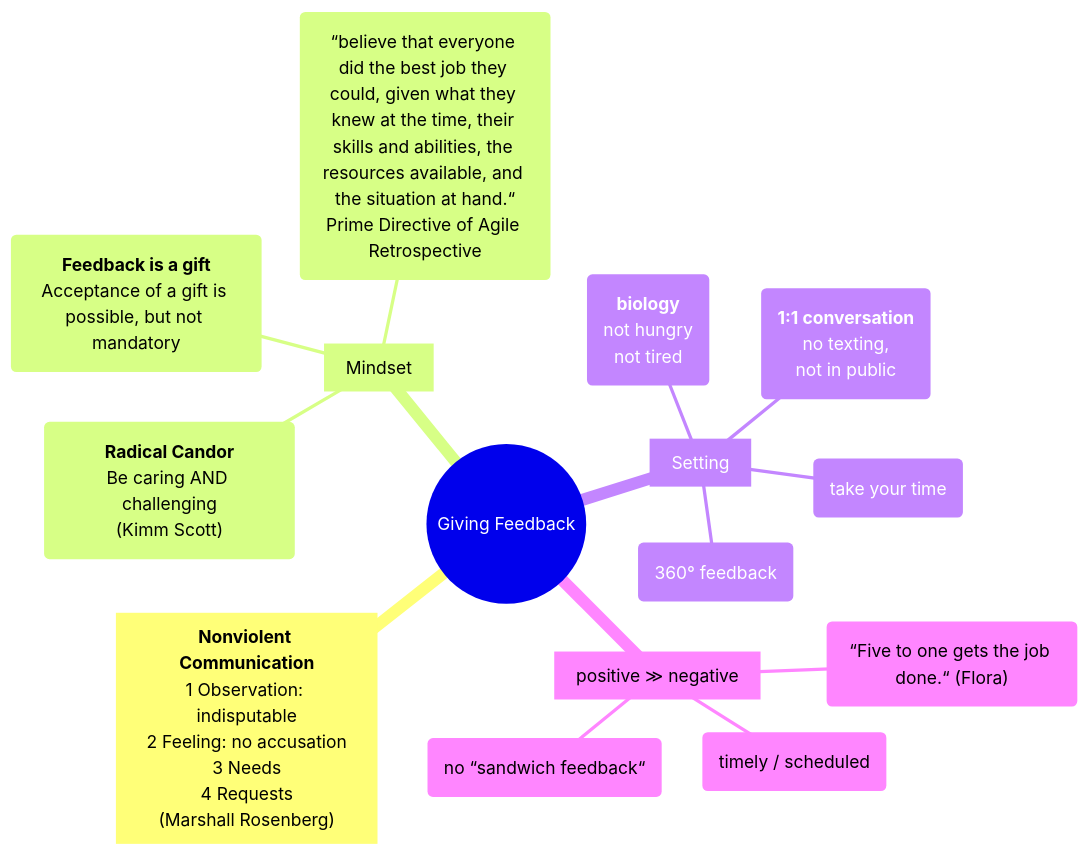
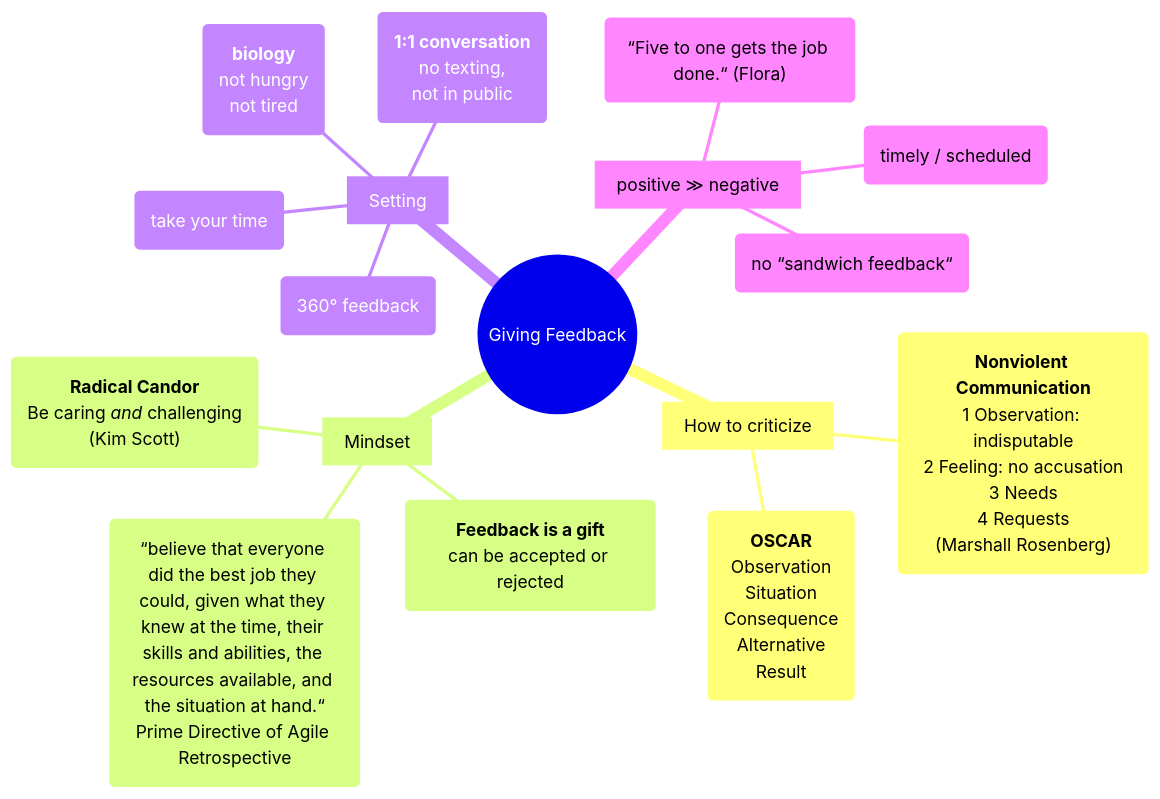
One commit to joerg-pfruender/joerg-pfruender.github.io changed the diagram in _posts/2024-10-08-feedback-mindmap.md. Above: the diagram before and after it, drawn with Mermaid. The commit also changed other lines of this file, not shown here.

Commit message:
feedback mindmap

```diff
--- a/_posts/2024-10-08-feedback-mindmap.md
+++ b/_posts/2024-10-08-feedback-mindmap.md
@@ -14,32 +14,39 @@
 <pre class="mermaid">
 mindmap
     root((Giving Feedback))
-        Steps["`**Nonviolent Communication**
-            1 Observation: indisputable
-            2 Feeling: no accusation
-            3 Needs
-            4 Requests
-            (Marshall Rosenberg)`"]
-        [Mindset]
-            present("**Feedback is a gift**
-            Acceptance of a gift is possible, but not mandatory")
+        Steps["How to criticize"]
+            nonviolent("`**Nonviolent Communication**
+                1 Observation: indisputable
+                2 Feeling: no accusation
+                3 Needs
+                4 Requests
+                (Marshall Rosenberg)`")
+            oscar("`**OSCAR**
+                Observation
+                Situation
+                Consequence
+                Alternative
+                Result`")
+        mindset[Mindset]
+            present("`**Feedback is a gift**
+                        can be accepted or rejected`")
             primeDirective("`“believe that everyone did the best job they could, given what they knew at the time, their skills and abilities, the resources available, and the situation at hand.“
-            Prime Directive of Agile Retrospective`")
+                        Prime Directive of Agile Retrospective`")
             radicalCandor("`**Radical Candor**
-                Be caring AND challenging
-                (Kimm Scott)`")
-        [Setting]
-            meeting("**1:1 conversation**
-                no texting,
-                not in public")
-            bio("**biology**
-                not hungry
-                not tired")
+                            Be caring *and* challenging
+                            (Kim Scott)`")
+        setting[Setting]
+            meeting("`**1:1 conversation**
+                            no texting,
+                            not in public`")
+            bio("`**biology**
+                            not hungry
+                            not tired`")
             noStress("take your time")
             multiRater("360° feedback")
         pos["`positive ≫ negative`"]
             five("“Five to one gets the job done.“ (Flora)")
             sandwich("no “sandwich feedback“")
             timely(timely / scheduled)
 
 </pre>
```
